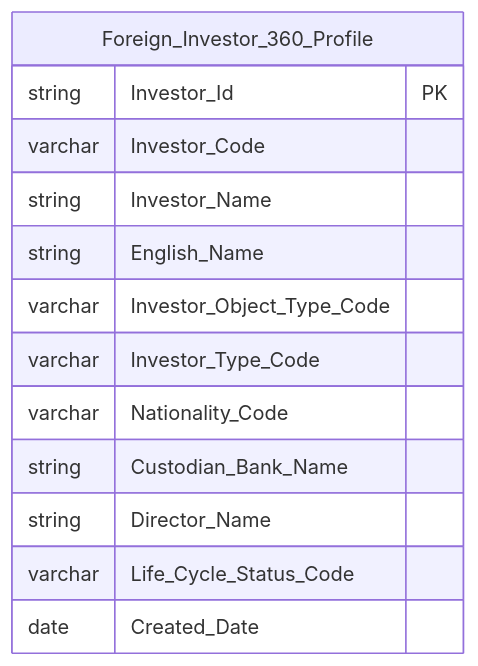
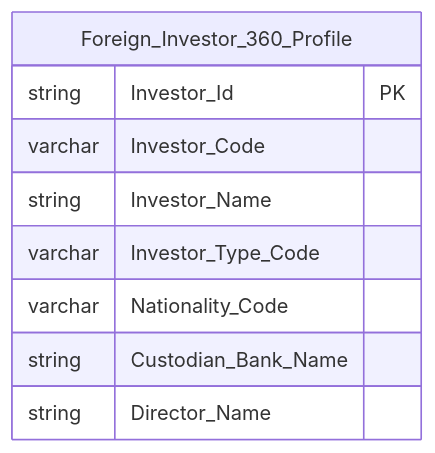
One commit to linhlvit/ubck_atomic_design changed diagram 16 of 26 in Datamart/hld/DTM_NDTNN_HLD.md. Above: the diagram before and after it, drawn with Mermaid. The commit also changed other lines of this file and 62 other files, not shown here.

````diff
--- a/Datamart/hld/DTM_NDTNN_HLD.md
+++ b/Datamart/hld/DTM_NDTNN_HLD.md
@@ -876,17 +869,13 @@
 ```mermaid
 erDiagram
     Foreign_Investor_360_Profile {
         string Investor_Id PK
         varchar Investor_Code
         string Investor_Name
-        string English_Name
-        varchar Investor_Object_Type_Code
         varchar Investor_Type_Code
         varchar Nationality_Code
         string Custodian_Bank_Name
         string Director_Name
-        varchar Life_Cycle_Status_Code
-        date Created_Date
     }
 
 ```
````
